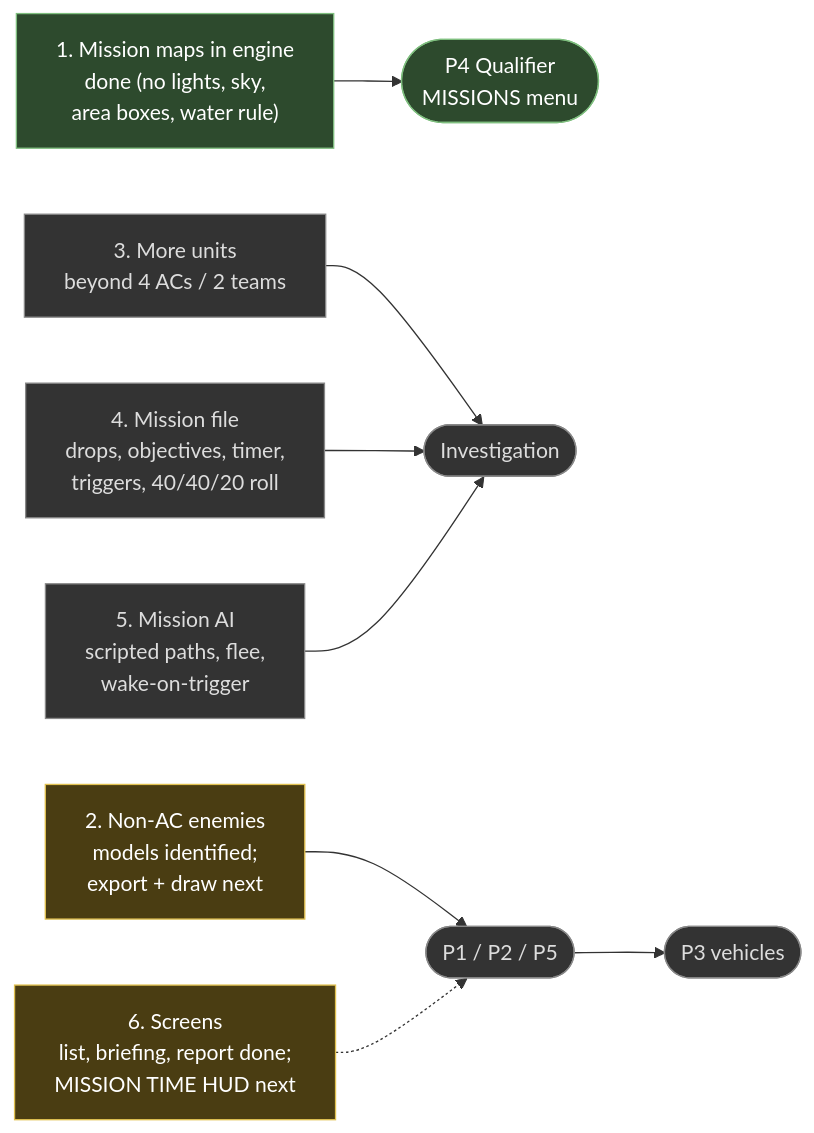
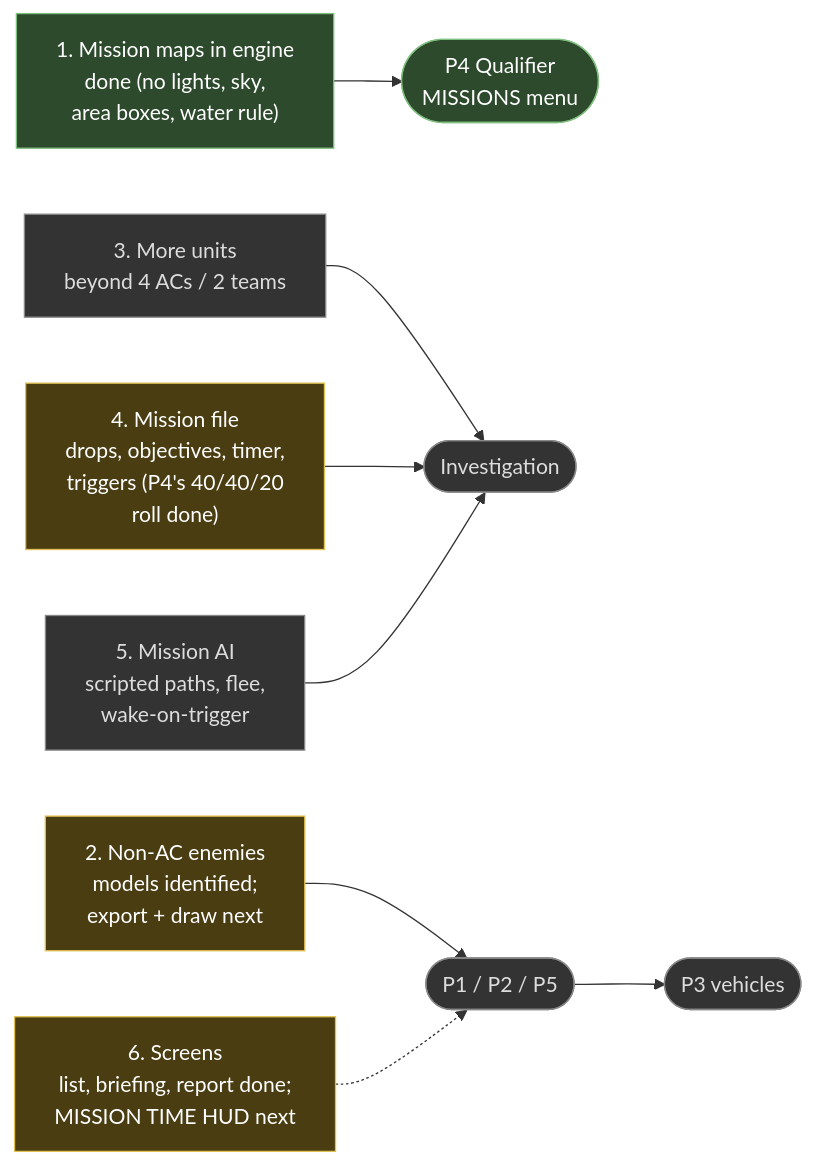
Before and after one commit to Hatdagger/Armored-CoreR: the third of 4 diagrams in docs/MISSIONS.md, drawn with Mermaid. The commit also changed other lines of this file and 13 other files, not shown here.

````diff
--- a/docs/MISSIONS.md
+++ b/docs/MISSIONS.md
@@ -125,26 +125,26 @@
 ```mermaid
 flowchart LR
     G1["1. Mission maps in engine<br/>done (no lights, sky,<br/>area boxes, water rule)"]:::done
     G2["2. Non-AC enemies<br/>models identified;<br/>export + draw next"]:::doing
     G3["3. More units<br/>beyond 4 ACs / 2 teams"]:::todo
-    G4["4. Mission file<br/>drops, objectives, timer,<br/>triggers, 40/40/20 roll"]:::todo
+    G4["4. Mission file<br/>drops, objectives, timer,<br/>triggers (P4's 40/40/20<br/>roll done)"]:::doing
     G5["5. Mission AI<br/>scripted paths, flee,<br/>wake-on-trigger"]:::todo
     G6["6. Screens<br/>list, briefing, report done;<br/>MISSION TIME HUD next"]:::doing
 
     P4(["P4 Qualifier<br/>MISSIONS menu"]):::done
     INV(["Investigation"]):::todo
     P125(["P1 / P2 / P5"]):::todo
     P3(["P3 vehicles"]):::todo
 
     G1 --> P4
     G3 --> INV
     G4 --> INV
     G5 --> INV
     G2 --> P125
     P125 --> P3
     G6 -.-> P125
 
     classDef done fill:#2d4a2d,stroke:#7fbf7f,color:#fff
     classDef doing fill:#4a3d12,stroke:#e0c050,color:#fff
     classDef todo fill:#333,stroke:#888,color:#ddd
 ```
````
